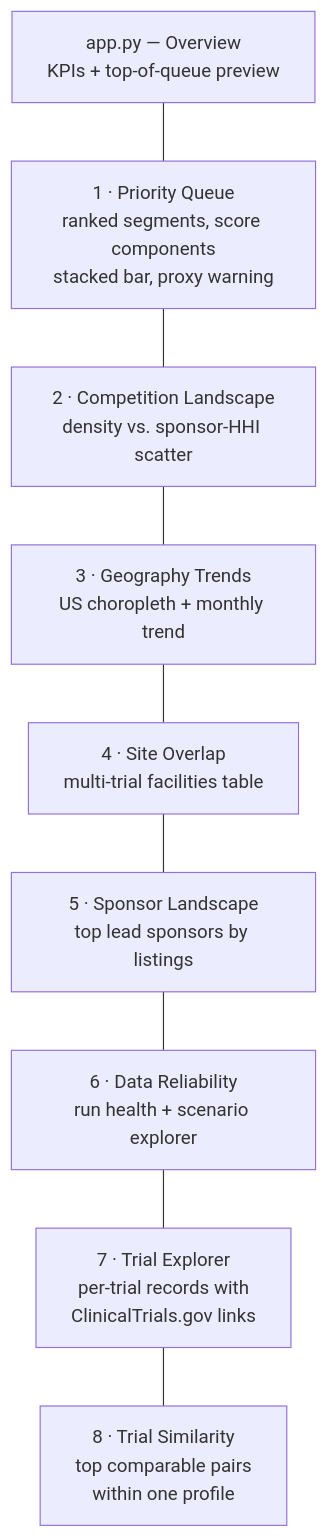
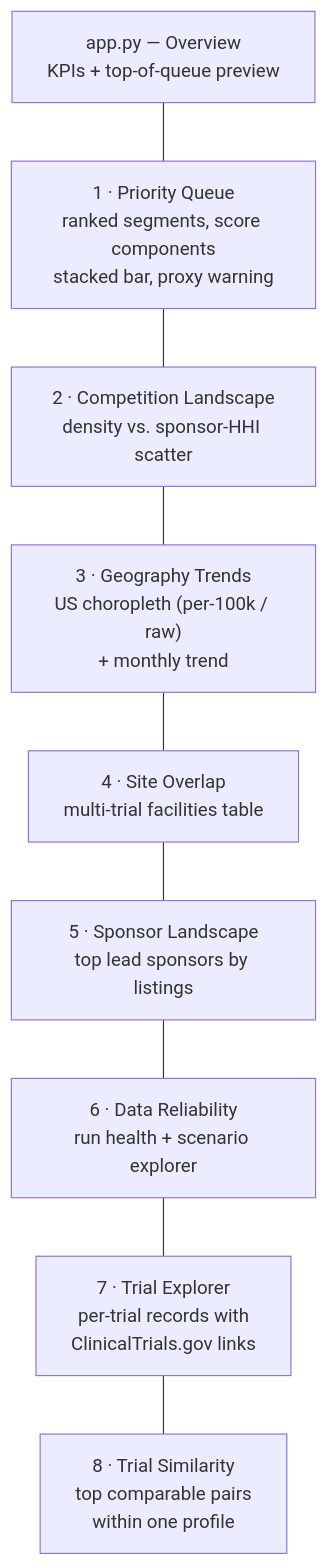
Before and after one commit to ne1cc/cti-dashboard: the ninth of 12 diagrams in PROJECT_DOCUMENTATION.md, drawn with Mermaid. The commit also changed other lines of this file and 12 other files, not shown here.

````diff
--- a/PROJECT_DOCUMENTATION.md
+++ b/PROJECT_DOCUMENTATION.md
@@ -606,13 +607,13 @@
 ```mermaid
 flowchart TB
     APP["app.py — Overview<br/>KPIs + top-of-queue preview"]
     P1["1 · Priority Queue<br/>ranked segments, score components<br/>stacked bar, proxy warning"]
     P2["2 · Competition Landscape<br/>density vs. sponsor-HHI scatter"]
-    P3["3 · Geography Trends<br/>US choropleth + monthly trend"]
+    P3["3 · Geography Trends<br/>US choropleth (per-100k / raw)<br/>+ monthly trend"]
     P4["4 · Site Overlap<br/>multi-trial facilities table"]
     P5["5 · Sponsor Landscape<br/>top lead sponsors by listings"]
     P6["6 · Data Reliability<br/>run health + scenario explorer"]
     P7["7 · Trial Explorer<br/>per-trial records with<br/>ClinicalTrials.gov links"]
     P8["8 · Trial Similarity<br/>top comparable pairs<br/>within one profile"]
     APP --- P1 --- P2 --- P3 --- P4 --- P5 --- P6 --- P7 --- P8
 ```
````
